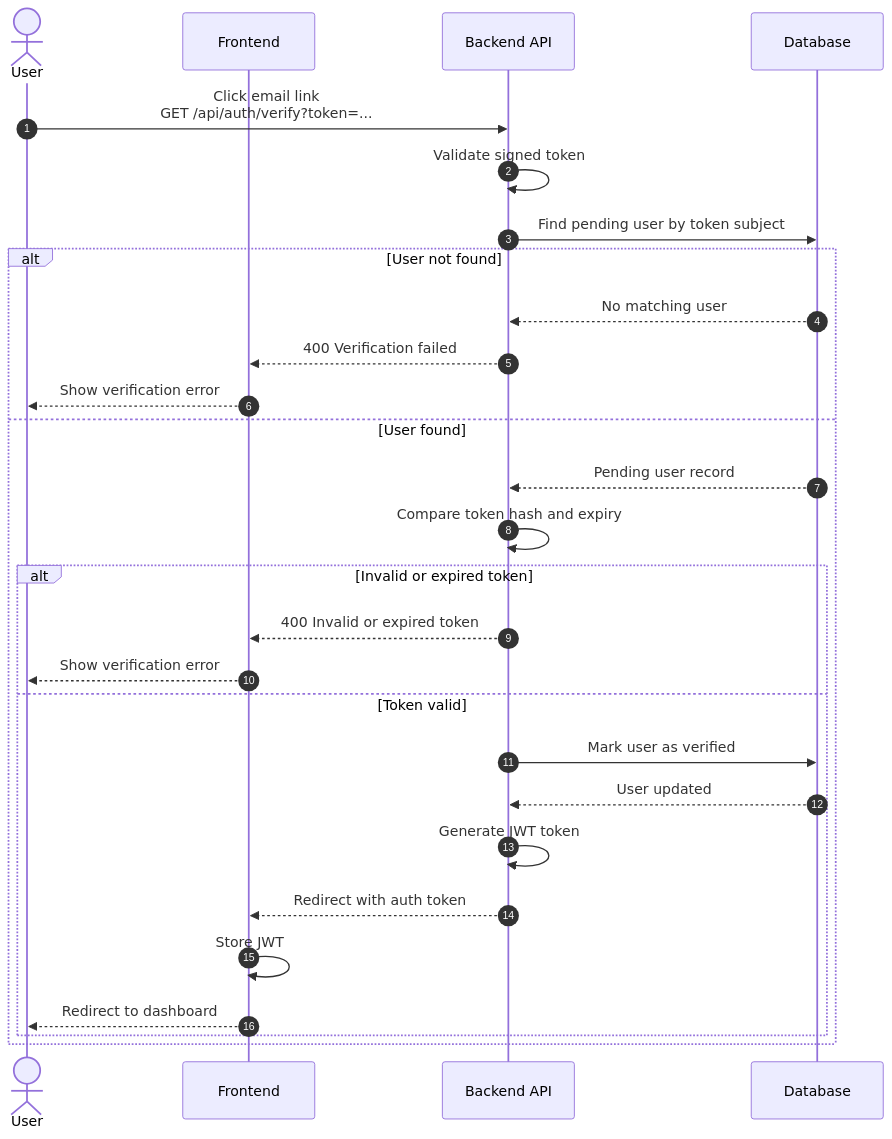
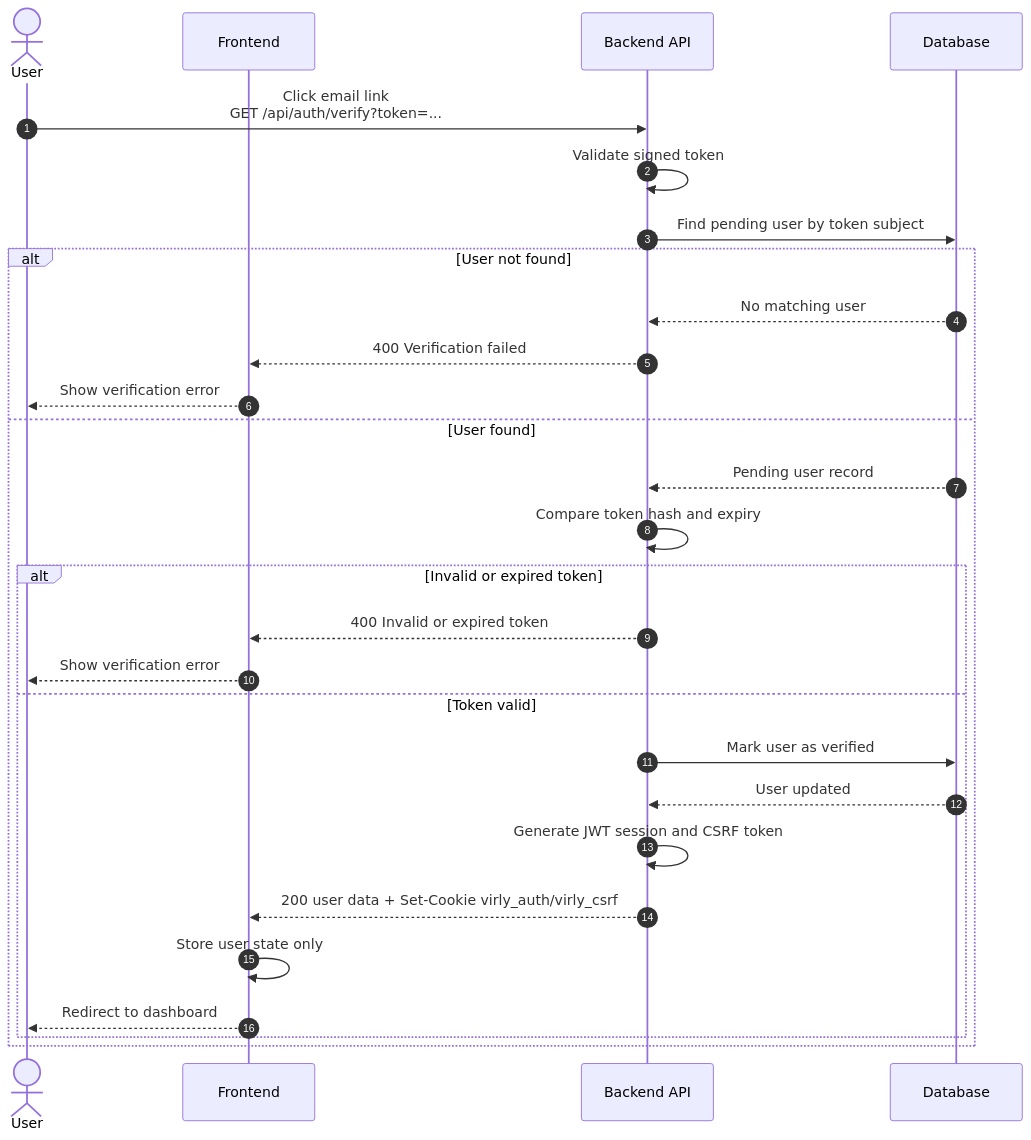
One commit to AyalMoran/virly changed the second of 7 diagrams in docs/sequence-diagrams.md. Above: the diagram before and after it, drawn with Mermaid. The commit also changed other lines of this file and 2 other files, not shown here.

Commit message:
feat: Update documentation to reflect Virly branding and enhance authentication details

````diff
--- a/docs/sequence-diagrams.md
+++ b/docs/sequence-diagrams.md
@@ -62,33 +62,33 @@
 ```mermaid
 sequenceDiagram
     autonumber
     actor User
     participant Frontend
     participant BackendAPI as Backend API
     participant Database
 
     User->>BackendAPI: Click email link<br/>GET /api/auth/verify?token=...
     BackendAPI->>BackendAPI: Validate signed token
     BackendAPI->>Database: Find pending user by token subject
 
     alt User not found
         Database-->>BackendAPI: No matching user
         BackendAPI-->>Frontend: 400 Verification failed
         Frontend-->>User: Show verification error
     else User found
         Database-->>BackendAPI: Pending user record
         BackendAPI->>BackendAPI: Compare token hash and expiry
 
         alt Invalid or expired token
             BackendAPI-->>Frontend: 400 Invalid or expired token
             Frontend-->>User: Show verification error
         else Token valid
             BackendAPI->>Database: Mark user as verified
             Database-->>BackendAPI: User updated
-            BackendAPI->>BackendAPI: Generate JWT token
-            BackendAPI-->>Frontend: Redirect with auth token
-            Frontend->>Frontend: Store JWT
+            BackendAPI->>BackendAPI: Generate JWT session and CSRF token
+            BackendAPI-->>Frontend: 200 user data + Set-Cookie virly_auth/virly_csrf
+            Frontend->>Frontend: Store user state only
             Frontend-->>User: Redirect to dashboard
         end
     end
 ```
````
